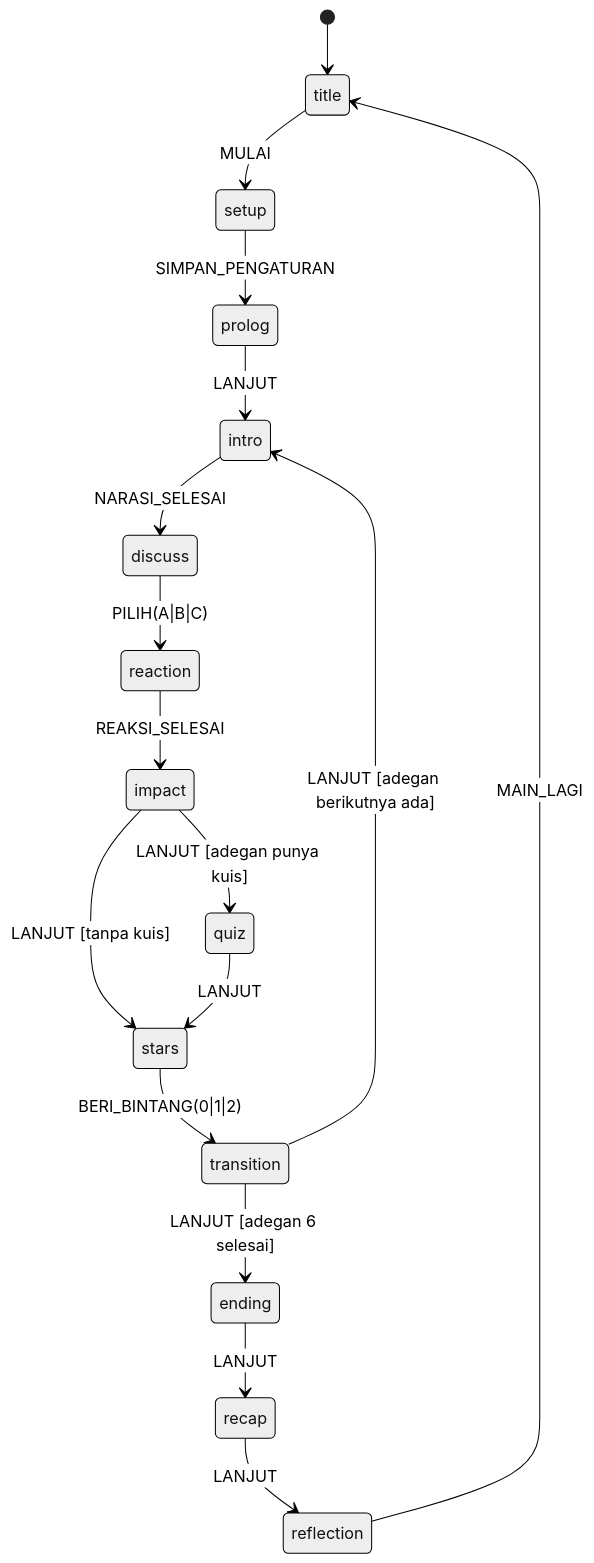
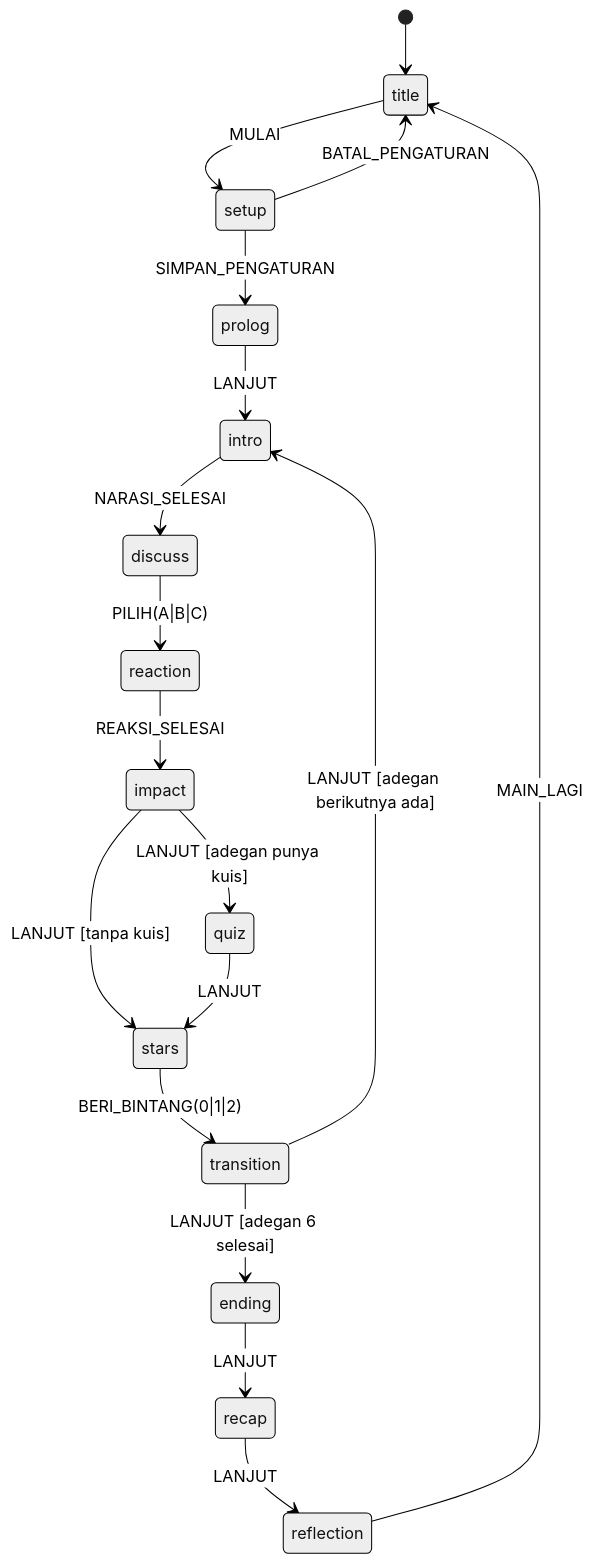
Before and after one commit to Y4N-D/ruang-setara: the second of 2 diagrams in docs/sehari-setara/Architecture.md, drawn with Mermaid (neutral theme). The commit also changed other lines of this file and 57 other files, not shown here.

````diff
--- a/docs/sehari-setara/Architecture.md
+++ b/docs/sehari-setara/Architecture.md
@@ -236,19 +237,20 @@
 ```mermaid
 stateDiagram-v2
   [*] --> title
   title --> setup: MULAI
   setup --> prolog: SIMPAN_PENGATURAN
+  setup --> title: BATAL_PENGATURAN
   prolog --> intro: LANJUT
   intro --> discuss: NARASI_SELESAI
   discuss --> reaction: PILIH(A|B|C)
   reaction --> impact: REAKSI_SELESAI
   impact --> quiz: LANJUT [adegan punya kuis]
   impact --> stars: LANJUT [tanpa kuis]
   quiz --> stars: LANJUT
   stars --> transition: BERI_BINTANG(0|1|2)
   transition --> intro: LANJUT [adegan berikutnya ada]
   transition --> ending: LANJUT [adegan 6 selesai]
   ending --> recap: LANJUT
   recap --> reflection: LANJUT
   reflection --> title: MAIN_LAGI
 ```
````
